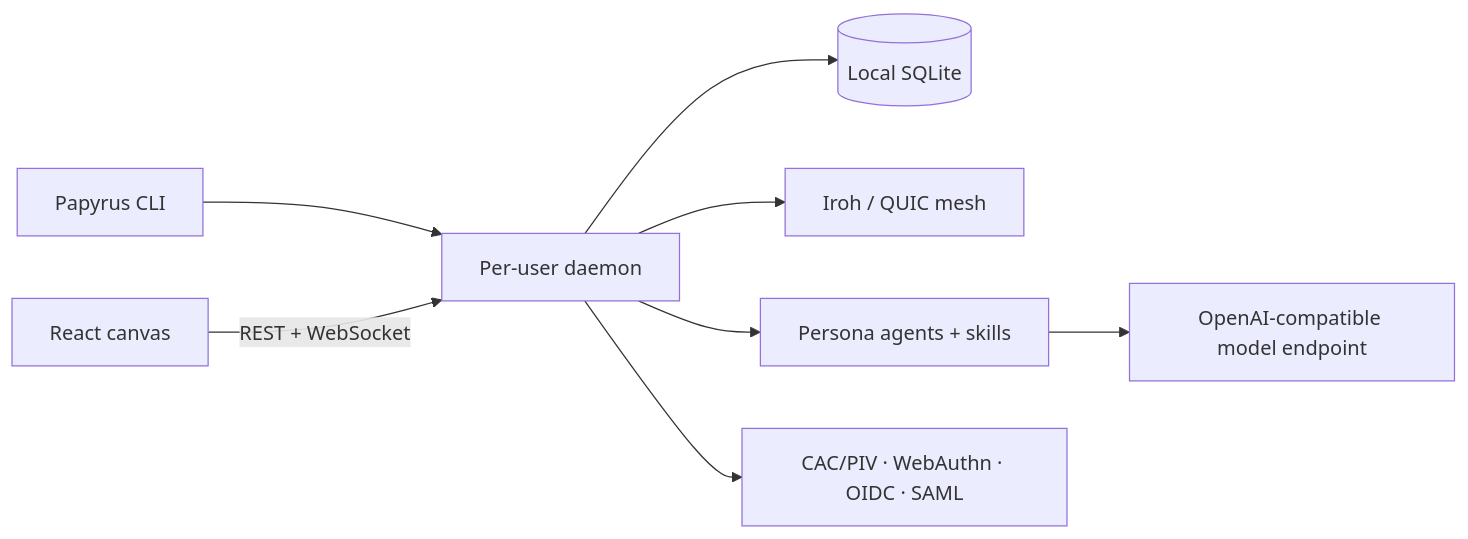
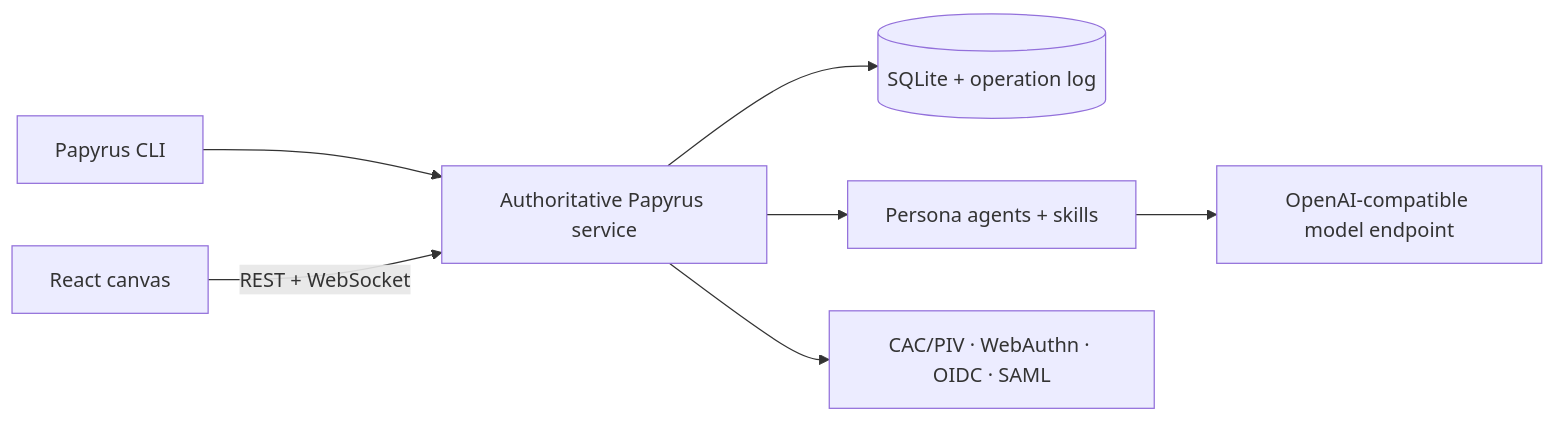
The diagram in README.md (beaglabs/papyrus), drawn with Mermaid before and after one commit. The commit also changed other lines of this file and 33 other files, not shown here.

Commit message:
centralize Papyrus collaboration service

````diff
--- a/README.md
+++ b/README.md
@@ -30,10 +30,9 @@
 ```mermaid
 flowchart LR
-  CLI[Papyrus CLI] --> D[Per-user daemon]
+  CLI[Papyrus CLI] --> D[Authoritative Papyrus service]
   WEB[React canvas] -->|REST + WebSocket| D
-  D --> DB[(Local SQLite)]
-  D --> NET[Iroh / QUIC mesh]
+  D --> DB[(SQLite + operation log)]
   D --> AG[Persona agents + skills]
   AG --> LLM[OpenAI-compatible model endpoint]
   D --> IDP[CAC/PIV · WebAuthn · OIDC · SAML]
 ```
````
